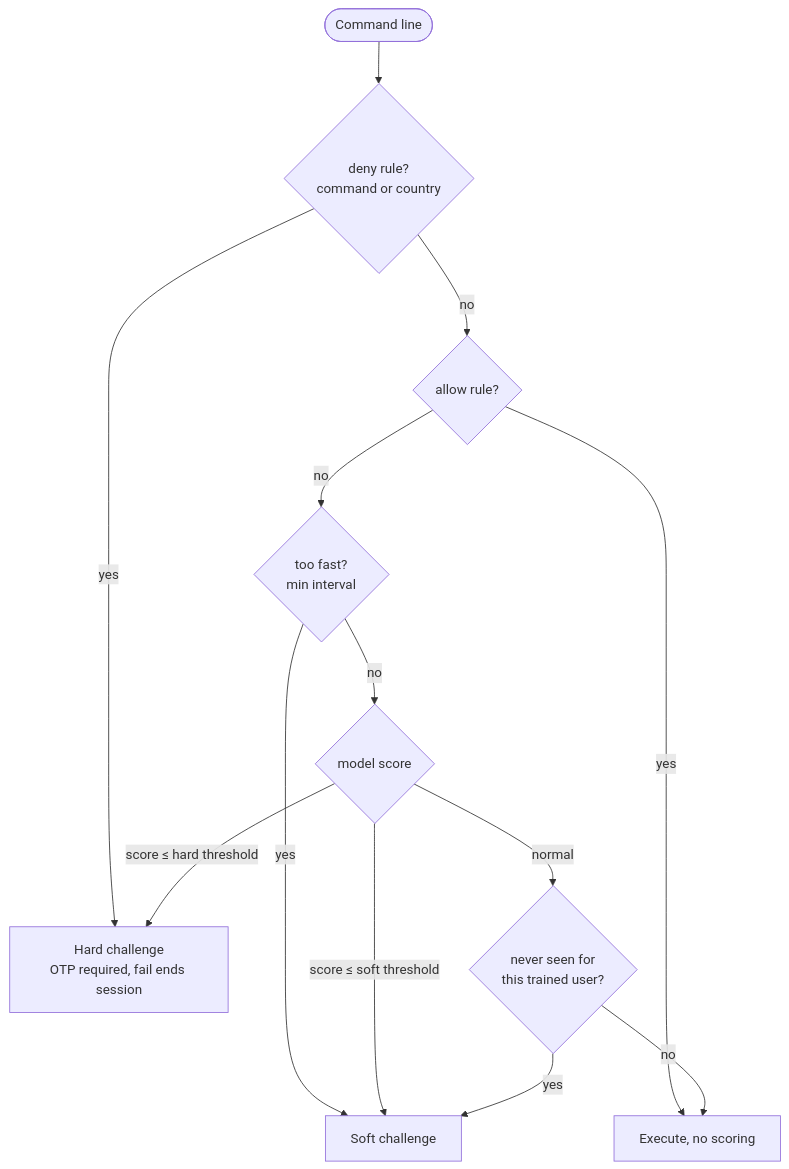
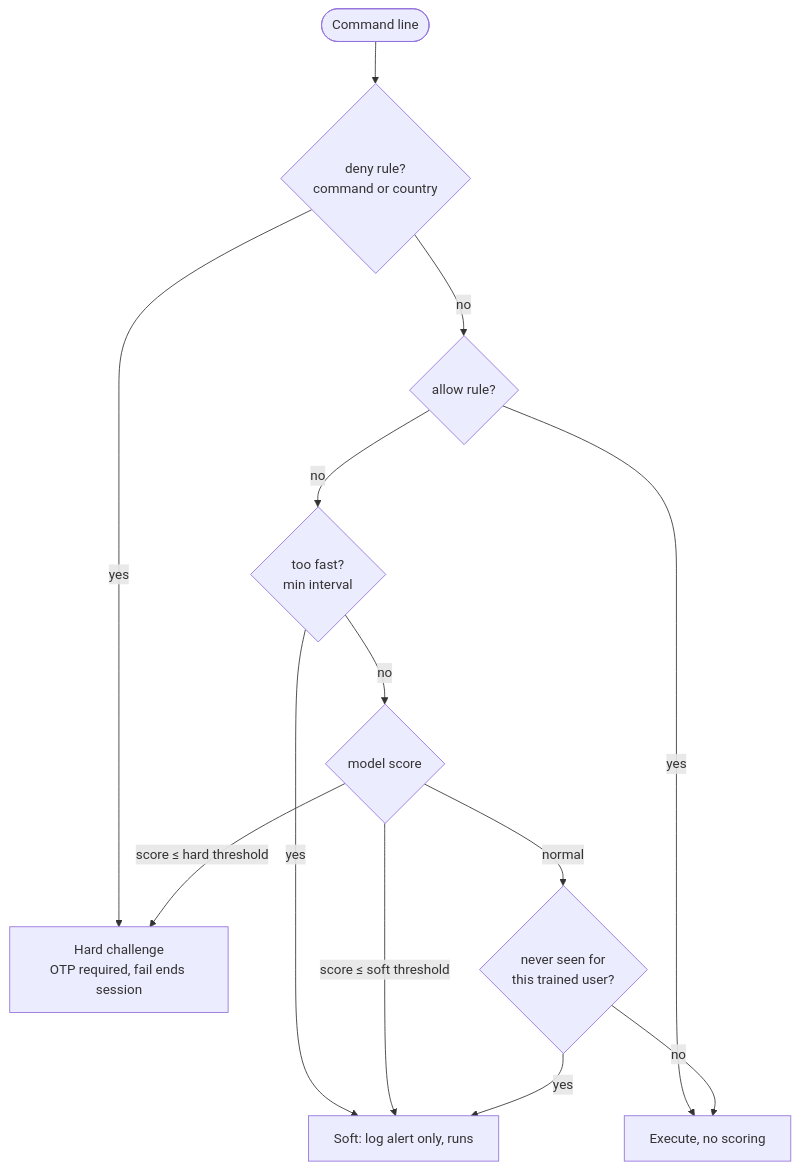
One commit to IceWizard98/ShellSentry changed the second of 4 diagrams in README.md. Above: the diagram before and after it, drawn with Mermaid. The commit also changed other lines of this file, not shown here.

First line of the commit message:
docs: align README with soft-log challenge policy

````diff
--- a/README.md
+++ b/README.md
@@ -119,15 +126,15 @@
 ```mermaid
 flowchart TD
     Cmd([Command line]) --> D{deny rule?<br/>command or country}
     D -->|yes| Hard[Hard challenge<br/>OTP required, fail ends session]
     D -->|no| A{allow rule?}
     A -->|yes| Run[Execute, no scoring]
     A -->|no| M{too fast?<br/>min interval}
-    M -->|yes| Soft[Soft challenge]
+    M -->|yes| Soft[Soft: log alert only, runs]
     M -->|no| Model{model score}
     Model -->|score ≤ hard threshold| Hard
     Model -->|score ≤ soft threshold| Soft
     Model -->|normal| N{never seen for<br/>this trained user?}
     N -->|yes| Soft
     N -->|no| Run
 ```
````
